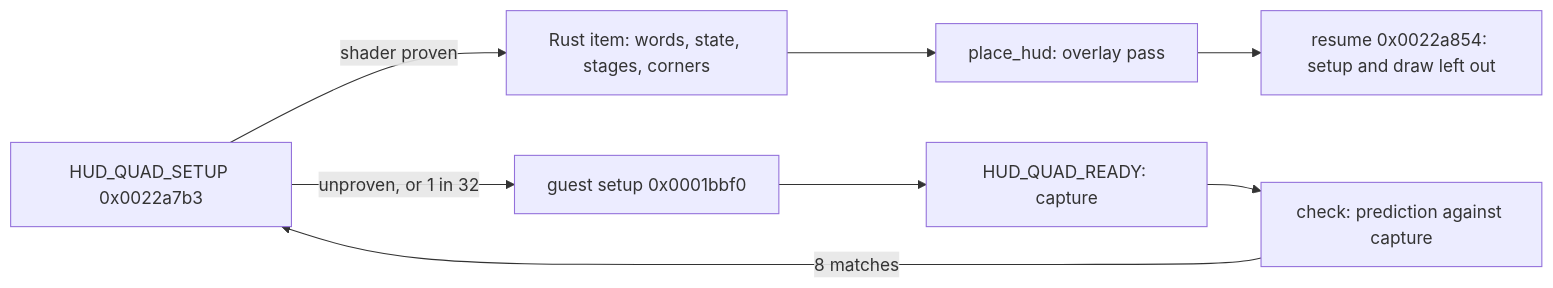
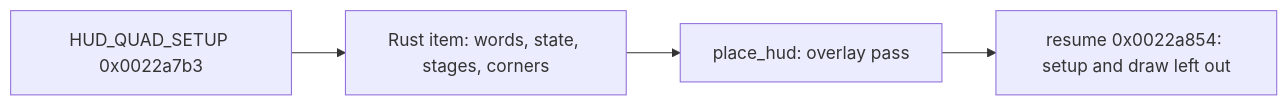
One commit to 0xdeafcafe/h2r changed the second of 5 diagrams in docs/graphics/native-hud-overlay.md. Above: the diagram before and after it, drawn with Mermaid. The commit also changed other lines of this file and 6 other files, not shown here.

Commit message:
UI stage: every shader quad and widget draws natively from its first draw; no proof against a guest draw

````diff
--- a/docs/graphics/native-hud-overlay.md
+++ b/docs/graphics/native-hud-overlay.md
@@ -64,10 +64,6 @@
 ```mermaid
 flowchart LR
-  S[HUD_QUAD_SETUP 0x0022a7b3] -->|shader proven| R[Rust item: words, state, stages, corners]
+  S[HUD_QUAD_SETUP 0x0022a7b3] --> R[Rust item: words, state, stages, corners]
   R --> P[place_hud: overlay pass]
   P --> T[resume 0x0022a854: setup and draw left out]
-  S -->|unproven, or 1 in 32| G[guest setup 0x0001bbf0]
-  G --> C[HUD_QUAD_READY: capture]
-  C --> K[check: prediction against capture]
-  K -->|8 matches| S
 ```
````
